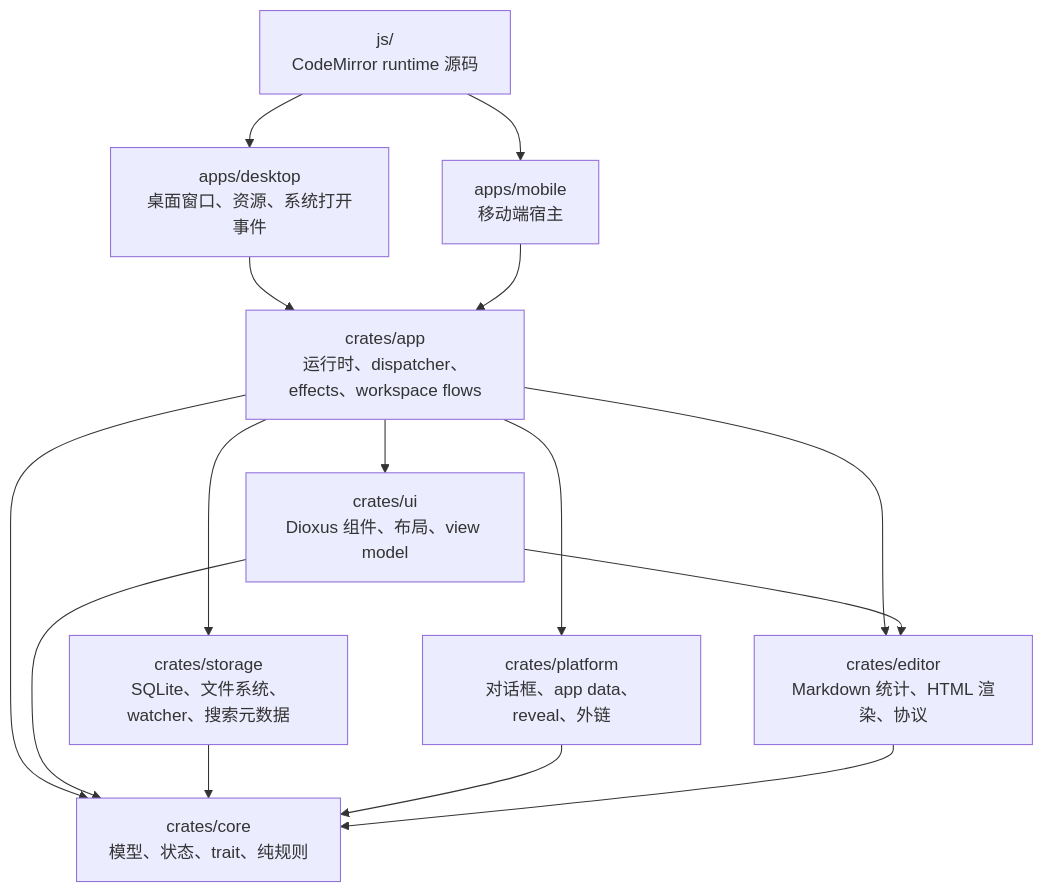
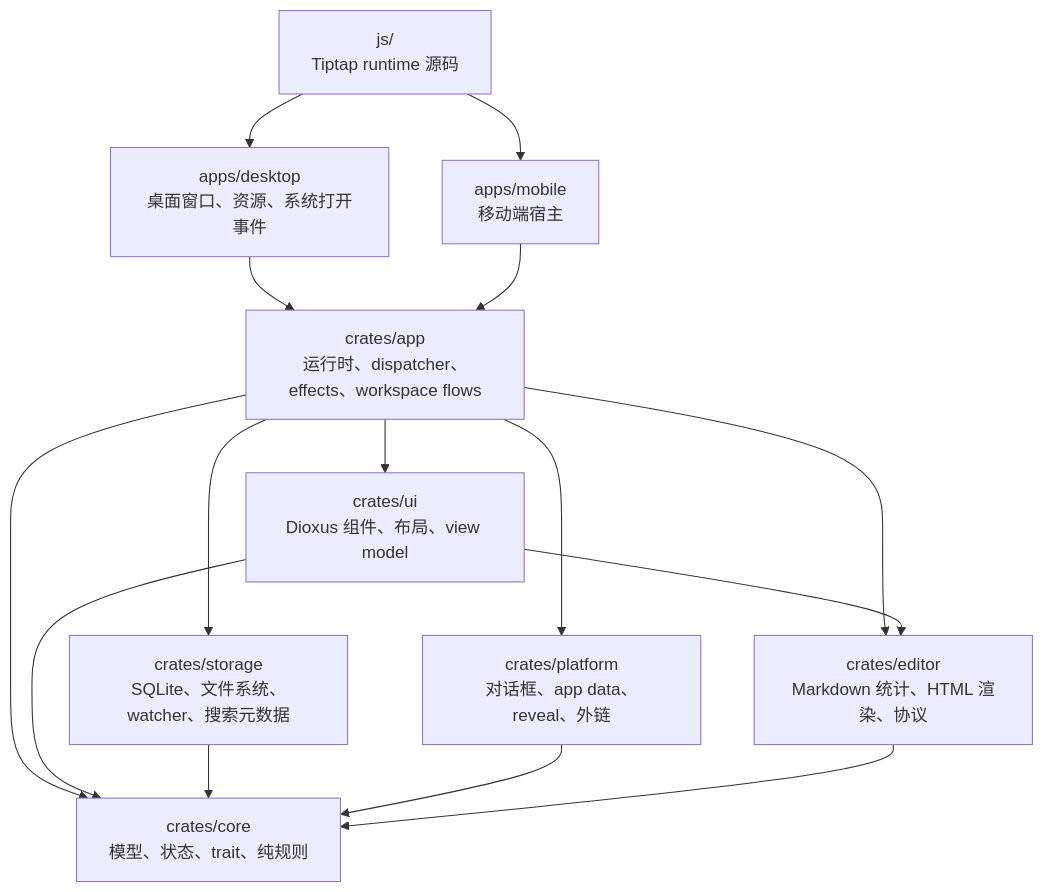
Before and after one commit to Youzi2233/papyro: the diagram in README.zh-CN.md, drawn with Mermaid. The commit also changed other lines of this file and 19 other files, not shown here.

Commit message:
docs(editor): update tiptap runtime guidance

````diff
--- a/README.zh-CN.md
+++ b/README.zh-CN.md
@@ -82,27 +84,27 @@
 ```mermaid
 flowchart TD
     desktop["apps/desktop<br/>桌面窗口、资源、系统打开事件"]
     mobile["apps/mobile<br/>移动端宿主"]
     app["crates/app<br/>运行时、dispatcher、effects、workspace flows"]
     ui["crates/ui<br/>Dioxus 组件、布局、view model"]
     core["crates/core<br/>模型、状态、trait、纯规则"]
     storage["crates/storage<br/>SQLite、文件系统、watcher、搜索元数据"]
     platform["crates/platform<br/>对话框、app data、reveal、外链"]
     editor["crates/editor<br/>Markdown 统计、HTML 渲染、协议"]
-    js["js/<br/>CodeMirror runtime 源码"]
+    js["js/<br/>Tiptap runtime 源码"]
 
     desktop --> app
     mobile --> app
     app --> ui
     app --> core
     app --> storage
     app --> platform
     app --> editor
     ui --> core
     ui --> editor
     storage --> core
     platform --> core
     editor --> core
     js --> desktop
     js --> mobile
 ```
````
